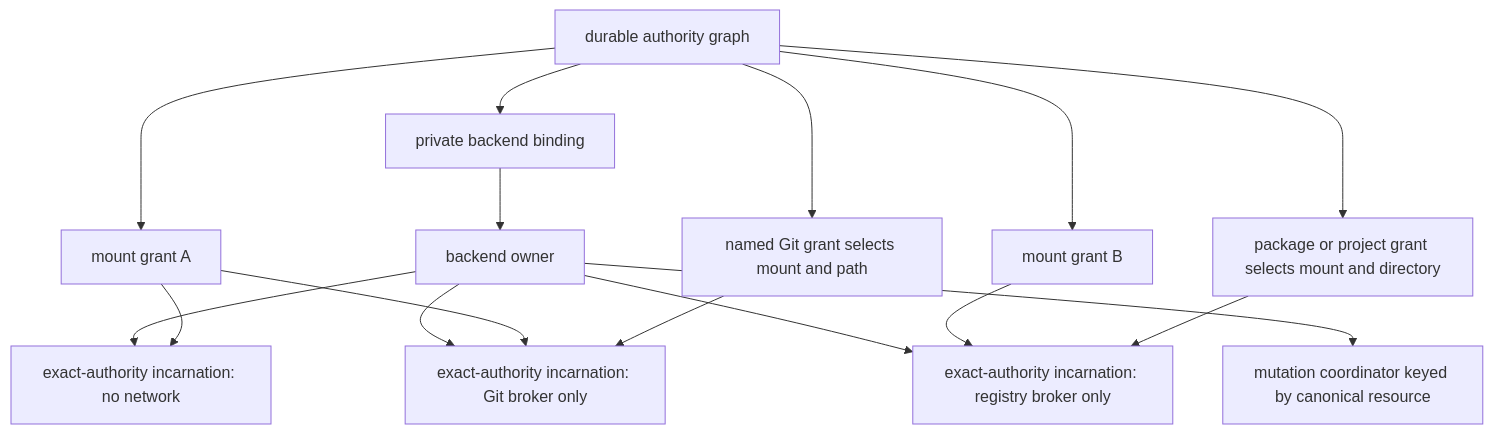
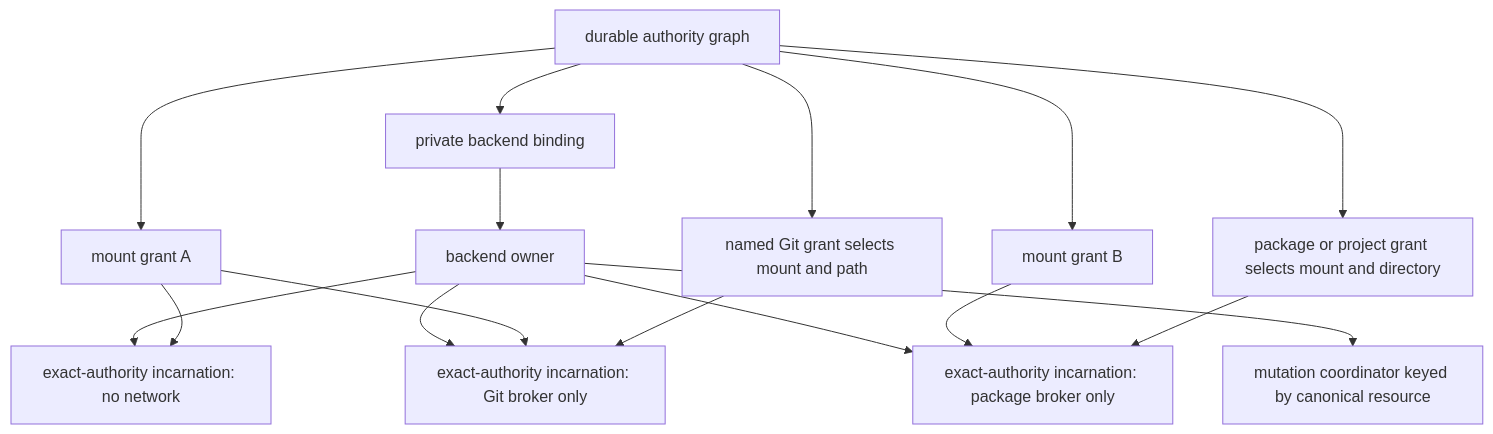
Before and after one commit to endojs/endo-but-for-bots: the diagram in designs/session-sandbox-backend.md, drawn with Mermaid. The commit also changed other lines of this file and 1 other file, not shown here.

````diff
--- a/designs/session-sandbox-backend.md
+++ b/designs/session-sandbox-backend.md
@@ -98,18 +102,18 @@
 ```mermaid
 flowchart TD
     G[durable authority graph] --> M1[mount grant A]
     G --> M2[mount grant B]
     G --> Git[named Git grant selects mount and path]
     G --> PM[package or project grant selects mount and directory]
     G --> B[private backend binding]
     B --> O[backend owner]
     O --> H1[exact-authority incarnation: no network]
     O --> H2[exact-authority incarnation: Git broker only]
-    O --> H3[exact-authority incarnation: registry broker only]
+    O --> H3[exact-authority incarnation: package broker only]
     M1 --> H1
     M1 --> H2
     M2 --> H3
     Git --> H2
     PM --> H3
     O --> L[mutation coordinator keyed by canonical resource]
 ```
````
